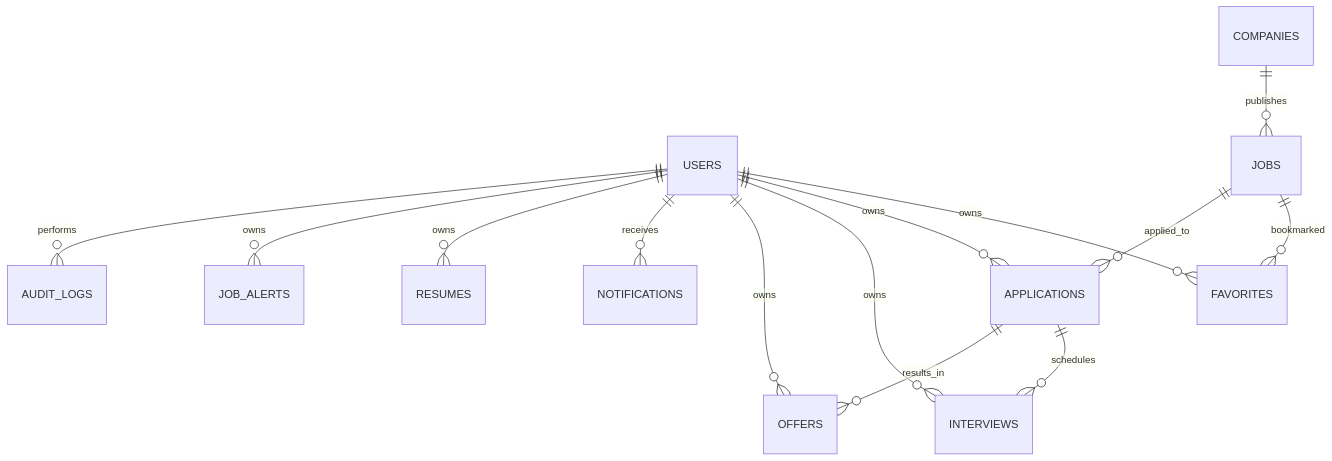
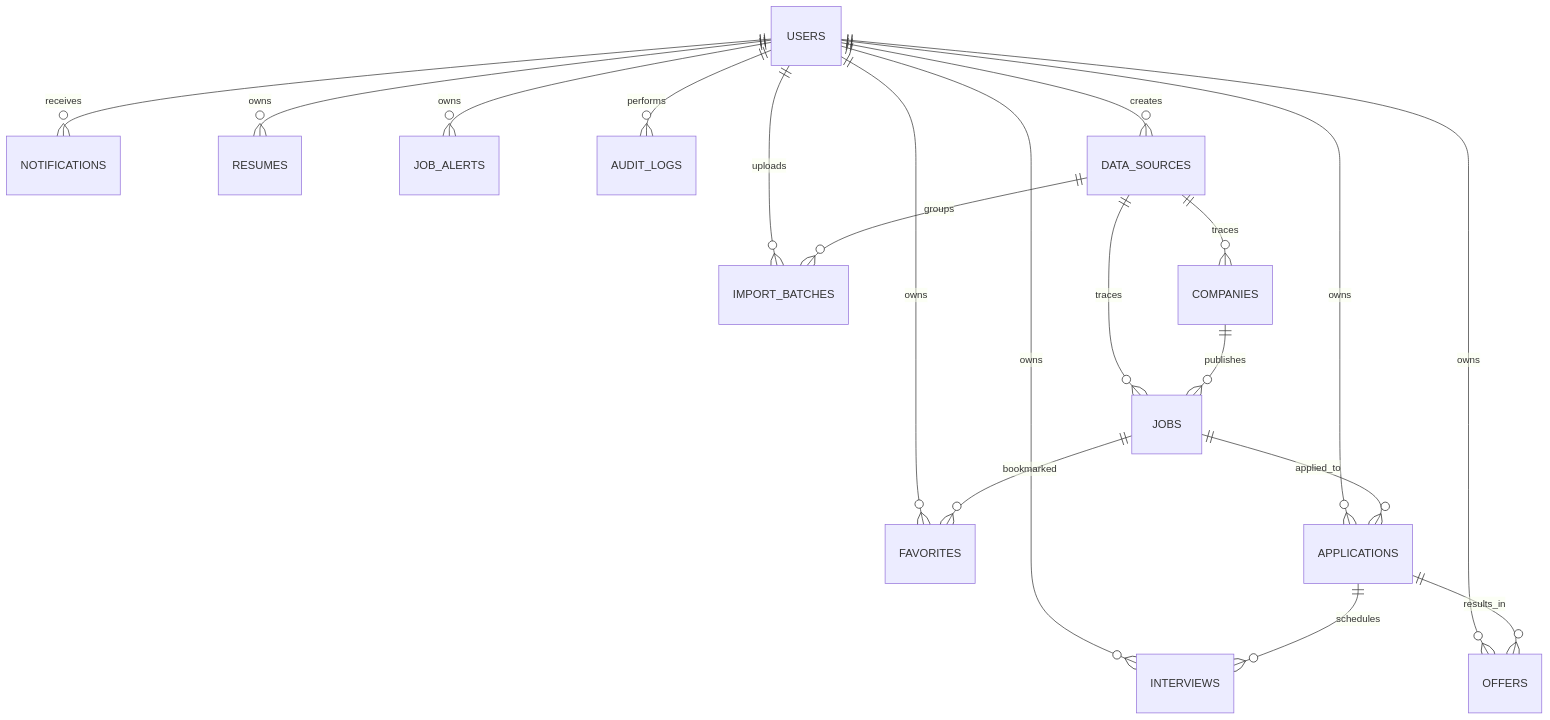
One commit to h46373824-tech/offerPilot-AI changed the second of 3 diagrams in docs/ARCHITECTURE.md. Above: the diagram before and after it, drawn with Mermaid. The commit also changed other lines of this file and 32 other files, not shown here.

````diff
--- a/docs/ARCHITECTURE.md
+++ b/docs/ARCHITECTURE.md
@@ -100,16 +100,21 @@
 ```mermaid
 erDiagram
     USERS ||--o{ FAVORITES : owns
     USERS ||--o{ APPLICATIONS : owns
     USERS ||--o{ INTERVIEWS : owns
     USERS ||--o{ OFFERS : owns
     USERS ||--o{ NOTIFICATIONS : receives
     USERS ||--o{ RESUMES : owns
     USERS ||--o{ JOB_ALERTS : owns
     USERS ||--o{ AUDIT_LOGS : performs
+    USERS ||--o{ DATA_SOURCES : creates
+    USERS ||--o{ IMPORT_BATCHES : uploads
+    DATA_SOURCES ||--o{ IMPORT_BATCHES : groups
+    DATA_SOURCES ||--o{ COMPANIES : traces
+    DATA_SOURCES ||--o{ JOBS : traces
     COMPANIES ||--o{ JOBS : publishes
     JOBS ||--o{ FAVORITES : bookmarked
     JOBS ||--o{ APPLICATIONS : applied_to
     APPLICATIONS ||--o{ INTERVIEWS : schedules
     APPLICATIONS ||--o{ OFFERS : results_in
 ```
````
